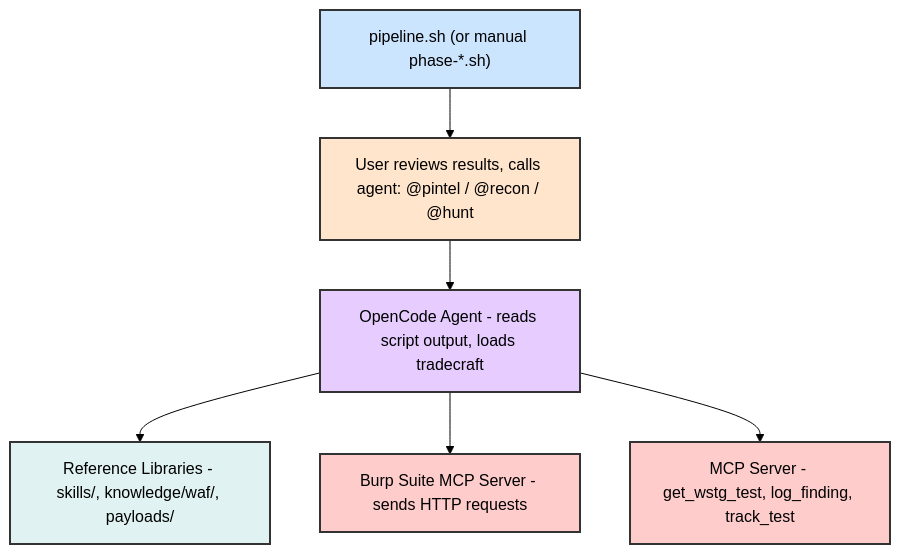
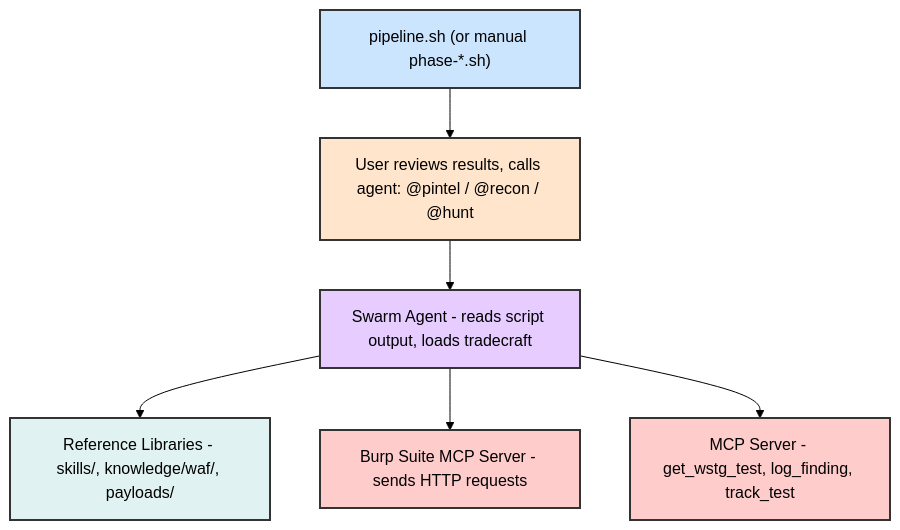
One commit to manojxshrestha/swarm-wrapper changed the third of 3 diagrams in docs/pipeline.md. Above: the diagram before and after it, drawn with Mermaid (forest theme). The commit also changed other lines of this file and 28 other files, not shown here.

````diff
--- a/docs/pipeline.md
+++ b/docs/pipeline.md
@@ -362,21 +362,21 @@
 ```mermaid
 graph TB
     classDef orchestrator fill:#cce5ff,stroke:#333,stroke-width:2px,color:#000
     classDef user fill:#ffe5cc,stroke:#333,stroke-width:2px,color:#000
     classDef agent fill:#e6ccff,stroke:#333,stroke-width:2px,color:#000
     classDef tool fill:#ffcccc,stroke:#333,stroke-width:2px,color:#000
     classDef refs fill:#e0f2f1,stroke:#333,stroke-width:2px,color:#000
 
     Pipeline["pipeline.sh (or manual phase-*.sh)"]:::orchestrator
-    Agent["OpenCode Agent - reads script output, loads tradecraft"]:::agent
+    Agent["Swarm Agent - reads script output, loads tradecraft"]:::agent
     User["User reviews results, calls agent: @pintel / @recon / @hunt"]:::user
     MCP["MCP Server - get_wstg_test, log_finding, track_test"]:::tool
     Burp["Burp Suite MCP Server - sends HTTP requests"]:::tool
     Refs["Reference Libraries - skills/, knowledge/waf/, payloads/"]:::refs
 
     Pipeline --> User
     User --> Agent
     Agent --> Refs
     Agent --> Burp
     Agent --> MCP
 ```
````
